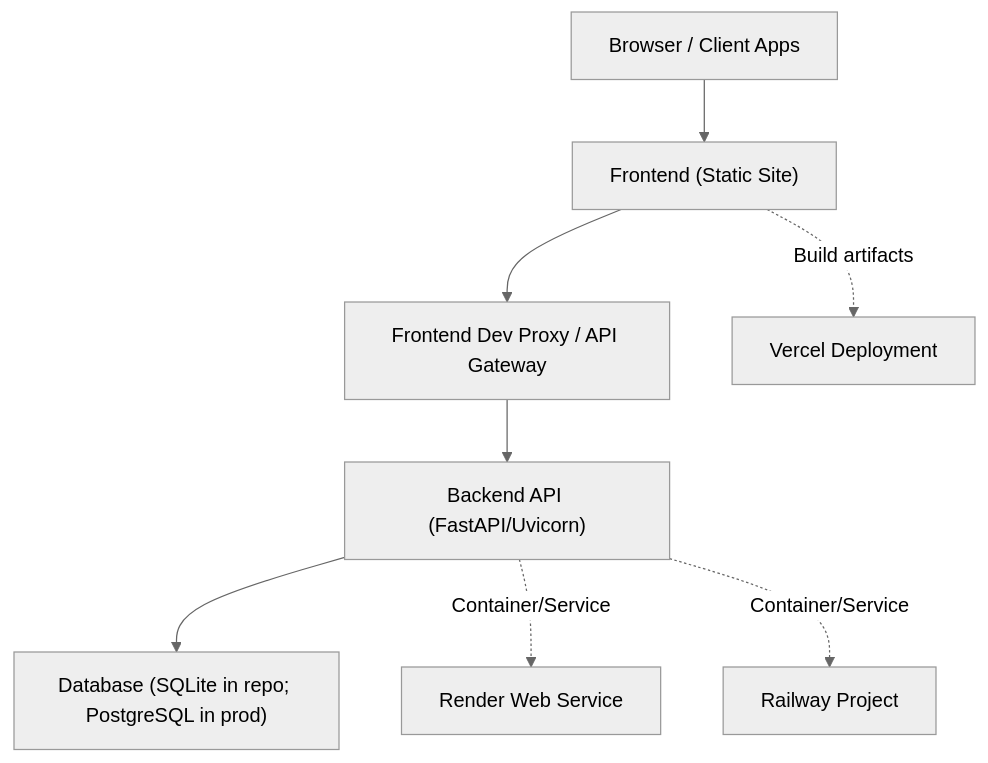
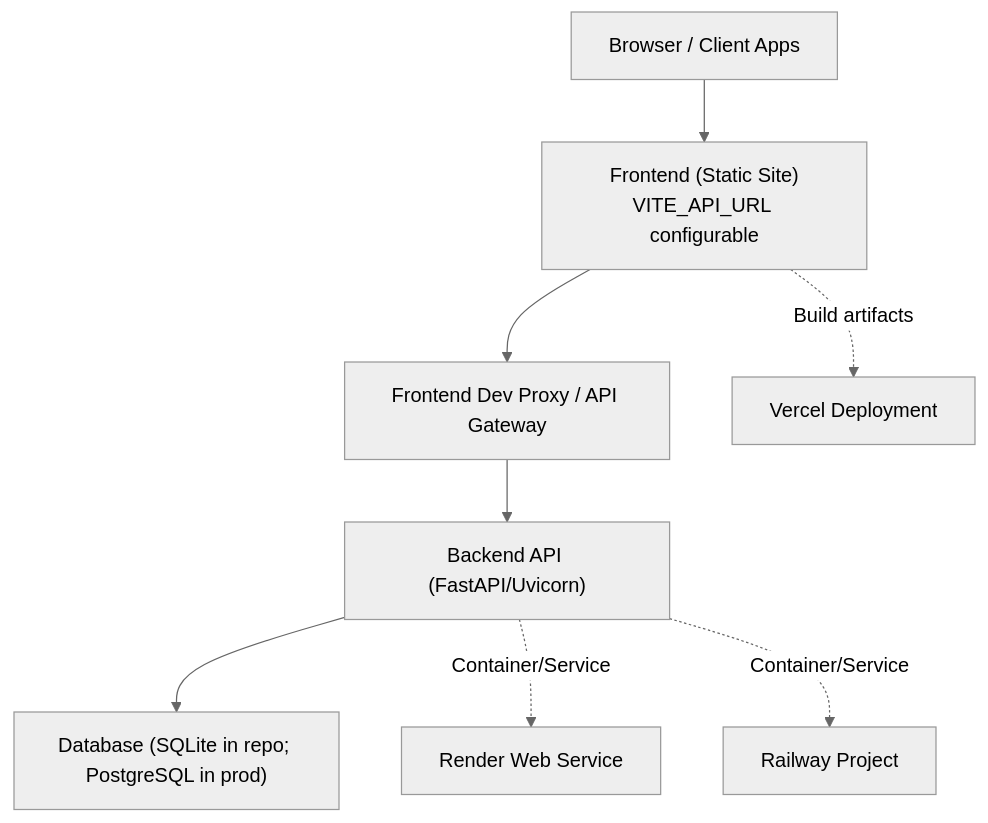
Before and after one commit to kasliwalsarthak7972/smart-healthcare-dashboard: the second of 8 diagrams in .qoder/repowiki/en/content/Deployment & Production.md, drawn with Mermaid (neutral theme). The commit also changed other lines of this file and 9 other files, not shown here.

````diff
--- a/.qoder/repowiki/en/content/Deployment & Production.md
+++ b/.qoder/repowiki/en/content/Deployment & Production.md
@@ -118,10 +131,10 @@
 ```mermaid
 graph TB
-Client["Browser / Client Apps"] --> FE["Frontend (Static Site)"]
+Client["Browser / Client Apps"] --> FE["Frontend (Static Site)<br/>VITE_API_URL configurable"]
 FE --> APIProxy["Frontend Dev Proxy / API Gateway"]
 APIProxy --> BE["Backend API (FastAPI/Uvicorn)"]
 BE --> DB["Database (SQLite in repo; PostgreSQL in prod)"]
 FE -. "Build artifacts" .-> Vercel["Vercel Deployment"]
 BE -. "Container/Service" .-> Render["Render Web Service"]
 BE -. "Container/Service" .-> Railway["Railway Project"]
 ```
````
